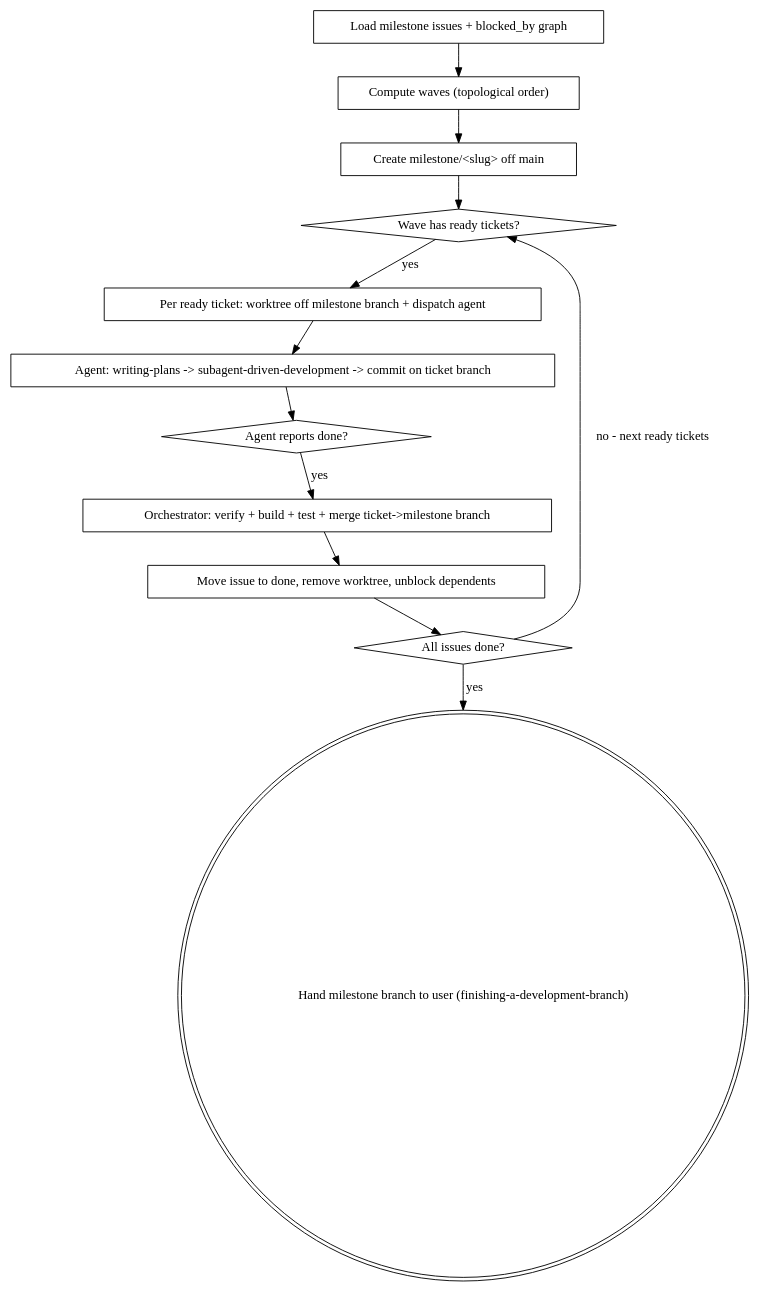
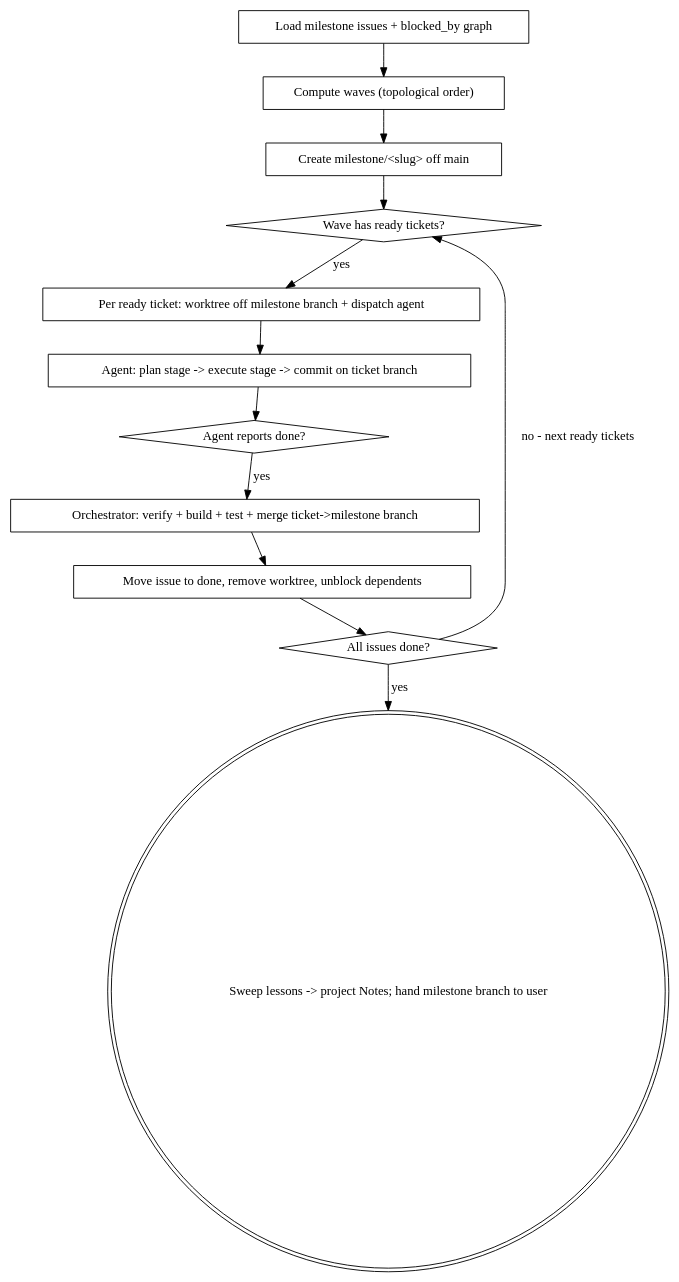
One commit to LioraLabs/cliban changed the diagram in plugin/skills/complete-milestone/SKILL.md. Above: the diagram before and after it, drawn with Graphviz. The commit also changed other lines of this file and 21 other files, not shown here.

````diff
--- a/plugin/skills/complete-milestone/SKILL.md
+++ b/plugin/skills/complete-milestone/SKILL.md
@@ -45,27 +45,27 @@
 ```dot
 digraph complete_milestone {
     "Load milestone issues + blocked_by graph" [shape=box];
     "Compute waves (topological order)" [shape=box];
     "Create milestone/<slug> off main" [shape=box];
     "Wave has ready tickets?" [shape=diamond];
     "Per ready ticket: worktree off milestone branch + dispatch agent" [shape=box];
-    "Agent: writing-plans -> subagent-driven-development -> commit on ticket branch" [shape=box];
+    "Agent: plan stage -> execute stage -> commit on ticket branch" [shape=box];
     "Agent reports done?" [shape=diamond];
     "Orchestrator: verify + build + test + merge ticket->milestone branch" [shape=box];
     "Move issue to done, remove worktree, unblock dependents" [shape=box];
     "All issues done?" [shape=diamond];
-    "Hand milestone branch to user (finishing-a-development-branch)" [shape=doublecircle];
+    "Sweep lessons -> project Notes; hand milestone branch to user" [shape=doublecircle];
 
     "Load milestone issues + blocked_by graph" -> "Compute waves (topological order)";
     "Compute waves (topological order)" -> "Create milestone/<slug> off main";
     "Create milestone/<slug> off main" -> "Wave has ready tickets?";
     "Wave has ready tickets?" -> "Per ready ticket: worktree off milestone branch + dispatch agent" [label="yes"];
-    "Per ready ticket: worktree off milestone branch + dispatch agent" -> "Agent: writing-plans -> subagent-driven-development -> commit on ticket branch";
-    "Agent: writing-plans -> subagent-driven-development -> commit on ticket branch" -> "Agent reports done?";
+    "Per ready ticket: worktree off milestone branch + dispatch agent" -> "Agent: plan stage -> execute stage -> commit on ticket branch";
+    "Agent: plan stage -> execute stage -> commit on ticket branch" -> "Agent reports done?";
     "Agent reports done?" -> "Orchestrator: verify + build + test + merge ticket->milestone branch" [label="yes"];
     "Orchestrator: verify + build + test + merge ticket->milestone branch" -> "Move issue to done, remove worktree, unblock dependents";
     "Move issue to done, remove worktree, unblock dependents" -> "All issues done?";
     "All issues done?" -> "Wave has ready tickets?" [label="no - next ready tickets"];
-    "All issues done?" -> "Hand milestone branch to user (finishing-a-development-branch)" [label="yes"];
+    "All issues done?" -> "Sweep lessons -> project Notes; hand milestone branch to user" [label="yes"];
 }
 ```
````
